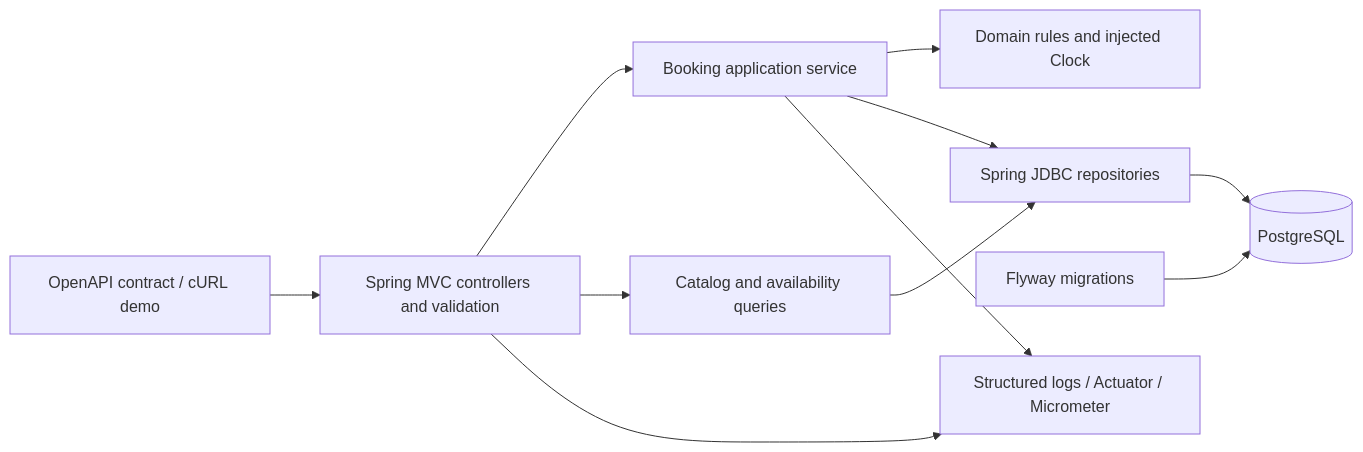
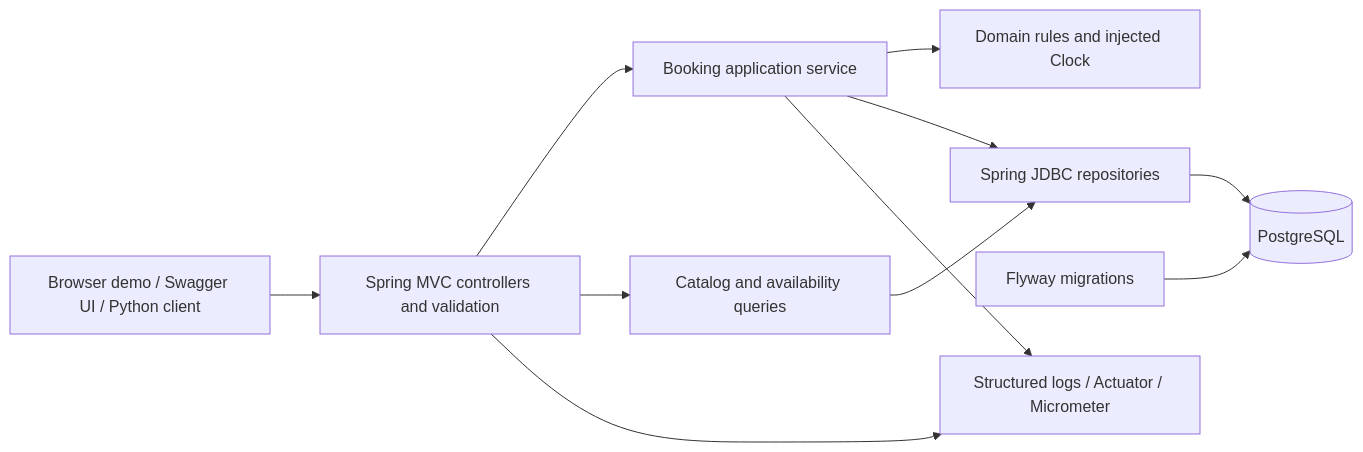
The first of 3 diagrams in docs/system-design.md (Dcberr/keyloop-service-scheduler-assessment), drawn with Mermaid before and after one commit. The commit also changed other lines of this file and 1 other file, not shown here.

Commit message:
docs: explain browser demo and scheduler design decisions

````diff
--- a/docs/system-design.md
+++ b/docs/system-design.md
@@ -75,13 +75,13 @@
 ```mermaid
 flowchart LR
-    Client["OpenAPI contract / cURL demo"] --> HTTP["Spring MVC controllers and validation"]
+    Client["Browser demo / Swagger UI / Python client"] --> HTTP["Spring MVC controllers and validation"]
     HTTP --> Booking["Booking application service"]
     HTTP --> Query["Catalog and availability queries"]
     Booking --> Rules["Domain rules and injected Clock"]
     Booking --> Repo["Spring JDBC repositories"]
     Query --> Repo
     Repo --> DB[("PostgreSQL")]
     Migration["Flyway migrations"] --> DB
     HTTP --> Ops["Structured logs / Actuator / Micrometer"]
     Booking --> Ops
 ```
````
